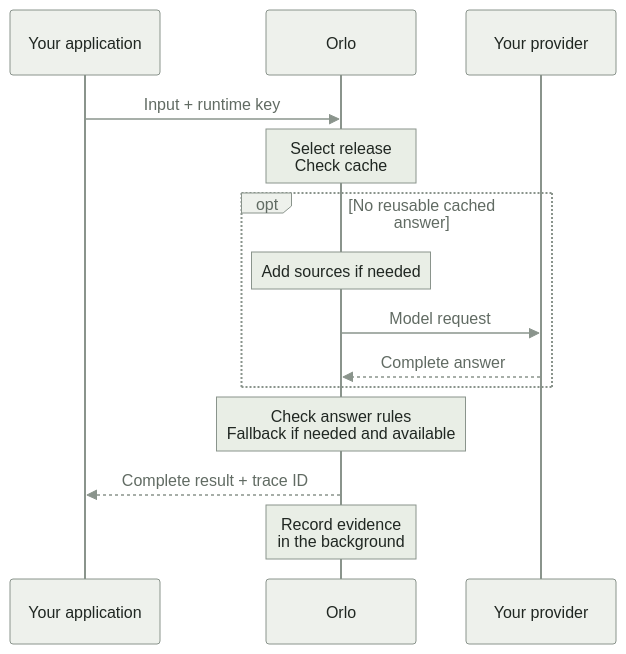
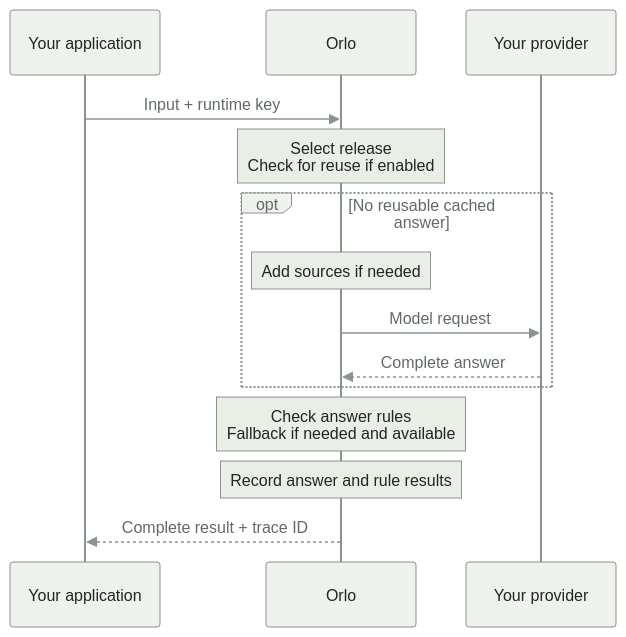
Before and after one commit to useorlo/orlo-docs: the first of 2 diagrams in content/start/00-how-orlo-works.md, drawn with Mermaid. The commit also changed other lines of this file and 11 other files, not shown here.

````diff
--- a/content/start/00-how-orlo-works.md
+++ b/content/start/00-how-orlo-works.md
@@ -24,19 +24,19 @@
 ```mermaid
 %%{init: {"theme":"base","themeCSS":".messageText, .loopText, .loopText tspan { fill: var(--color-text-secondary) !important; }","themeVariables":{"primaryColor":"#eef1ec","primaryTextColor":"#202722","primaryBorderColor":"#8a948c","lineColor":"#8a948c","actorBkg":"#eef1ec","actorBorder":"#8a948c","actorTextColor":"#202722","actorLineColor":"#8a948c","signalColor":"#8a948c","signalTextColor":"#616b63","noteBkgColor":"#e9eee6","noteBorderColor":"#8a948c","noteTextColor":"#202722","labelBoxBkgColor":"#eef1ec","labelBoxBorderColor":"#8a948c","labelTextColor":"#616b63","loopTextColor":"#616b63","fontFamily":"DM Sans, sans-serif"}}}%%
 sequenceDiagram
     accTitle: A task request returns a complete checked result
-    accDescr: The application sends input to Orlo. Orlo selects a live release, checks the cache, retrieves sources when needed, calls the provider if no cached answer is reusable, and checks the complete answer before returning a result. Evidence is recorded in the background.
+    accDescr: The application sends input to Orlo. Orlo selects a live release, reuses an eligible answer only when enabled, retrieves sources when needed, and calls the provider when a new answer is needed. Orlo checks the complete answer and records evidence before returning it.
     participant App as Your application
     participant Orlo
     participant Model as Your provider
     App->>Orlo: Input + runtime key
-    Note over Orlo: Select release<br/>Check cache
+    Note over Orlo: Select release<br/>Check for reuse if enabled
     opt No reusable cached answer
         Note over Orlo: Add sources if needed
         Orlo->>Model: Model request
         Model-->>Orlo: Complete answer
     end
     Note over Orlo: Check answer rules<br/>Fallback if needed and available
+    Note over Orlo: Record answer and rule results
     Orlo-->>App: Complete result + trace ID
-    Note over Orlo: Record evidence<br/>in the background
 ```
````
